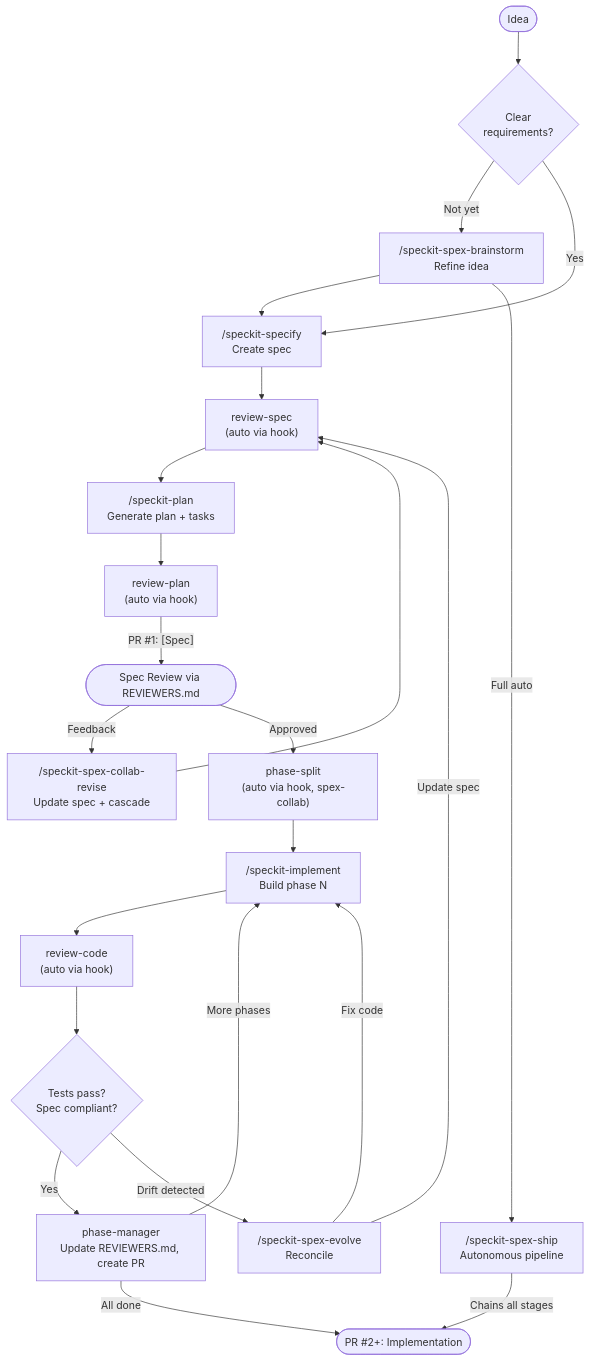
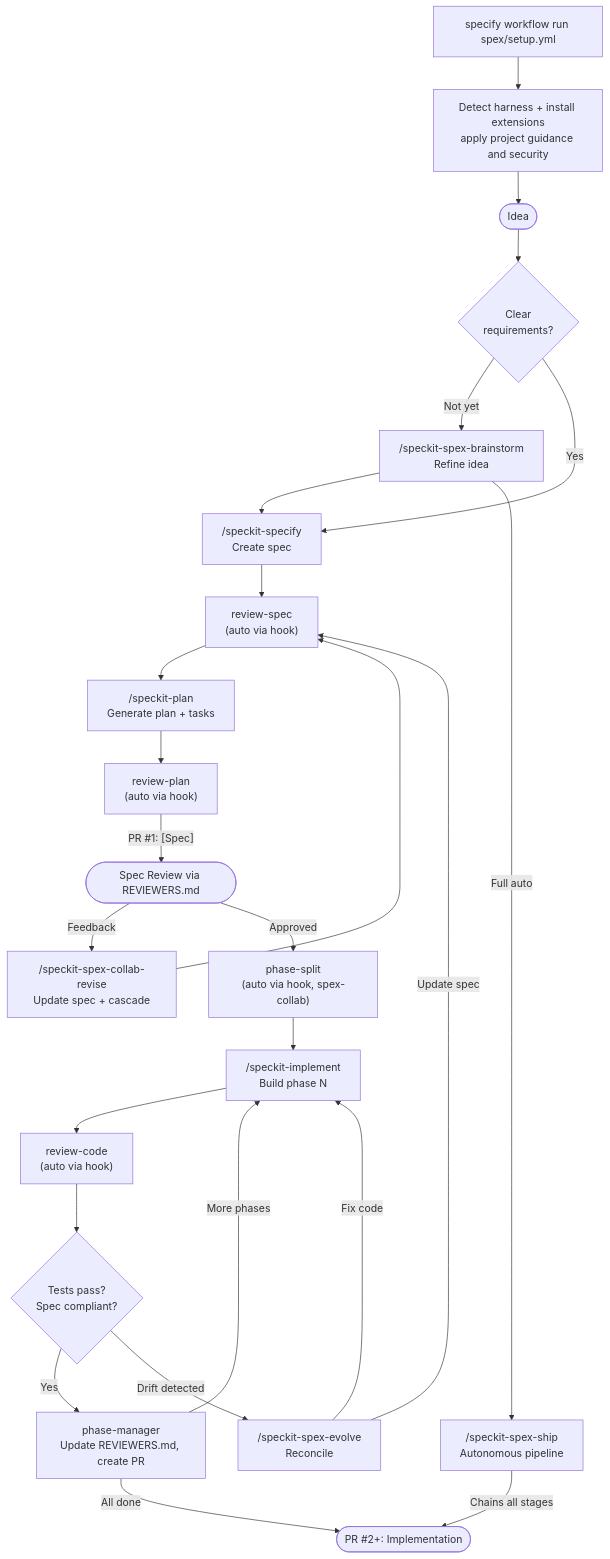
One commit to rhuss/cc-sdd changed the diagram in README.md. Above: the diagram before and after it, drawn with Mermaid. The commit also changed other lines of this file and 11 other files, not shown here.

````diff
--- a/README.md
+++ b/README.md
@@ -129,35 +129,37 @@
 ```mermaid
 flowchart TD
+    Setup["specify workflow run spex/setup.yml"] --> Harness["Detect harness + install extensions<br>apply project guidance and security"]
+    Harness --> Start
     Start([Idea]) --> HasClarity{Clear<br>requirements?}
 
     HasClarity -->|Not yet| Brainstorm["/speckit-spex-brainstorm<br>Refine idea"]
     HasClarity -->|Yes| Specify["/speckit-specify<br>Create spec"]
 
     Brainstorm --> Specify
     Brainstorm -->|Full auto| Ship["/speckit-spex-ship<br>Autonomous pipeline"]
 
     Specify --> ReviewSpec["review-spec<br>(auto via hook)"]
     ReviewSpec --> Plan["/speckit-plan<br>Generate plan + tasks"]
     Plan --> ReviewPlan["review-plan<br>(auto via hook)"]
 
     ReviewPlan -->|"PR #1: [Spec]"| SpecPR([Spec Review via REVIEWERS.md])
 
     SpecPR -->|Feedback| Revise["/speckit-spex-collab-revise<br>Update spec + cascade"]
     Revise --> ReviewSpec
     SpecPR -->|Approved| PhaseSplit["phase-split<br>(auto via hook, spex-collab)"]
     PhaseSplit --> Implement["/speckit-implement<br>Build phase N"]
     Implement --> ReviewCode["review-code<br>(auto via hook)"]
 
     ReviewCode --> Verify{Tests pass?<br>Spec compliant?}
 
     Verify -->|Yes| PhaseManager["phase-manager<br>Update REVIEWERS.md, create PR"]
     PhaseManager -->|"More phases"| Implement
     PhaseManager -->|"All done"| ImplPR([PR #2+: Implementation])
     Verify -->|Drift detected| Evolve["/speckit-spex-evolve<br>Reconcile"]
 
     Evolve -->|"Update spec"| ReviewSpec
     Evolve -->|"Fix code"| Implement
 
     Ship -->|Chains all stages| ImplPR
 
 ```
````
